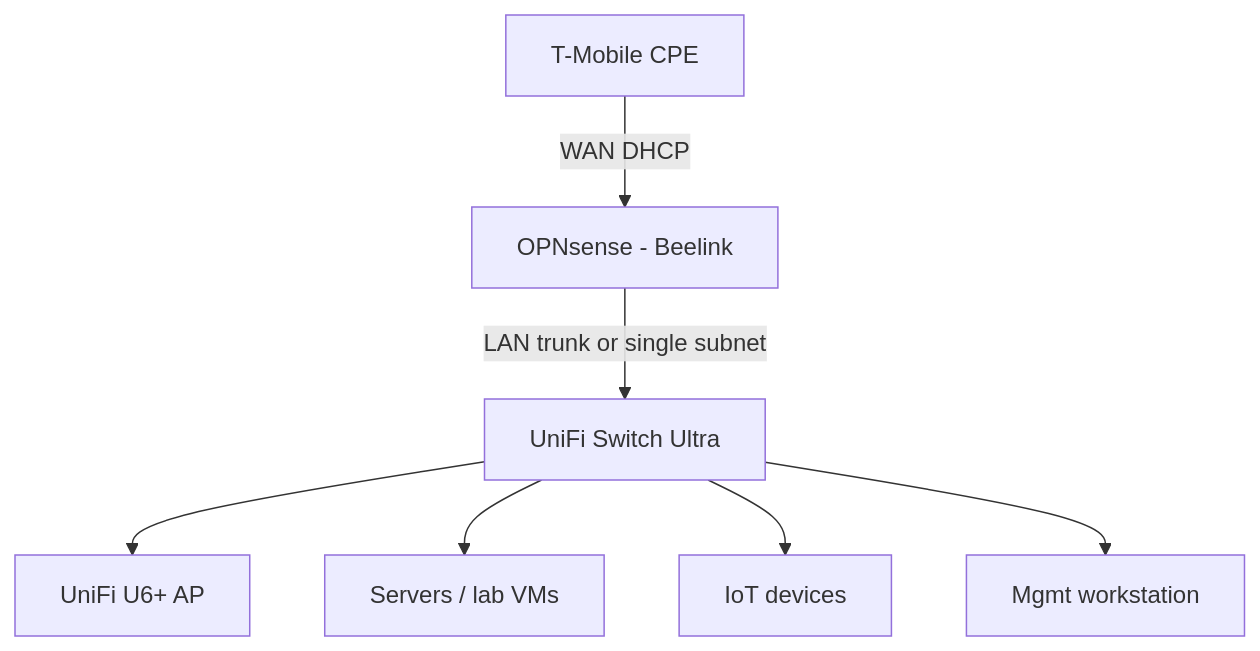
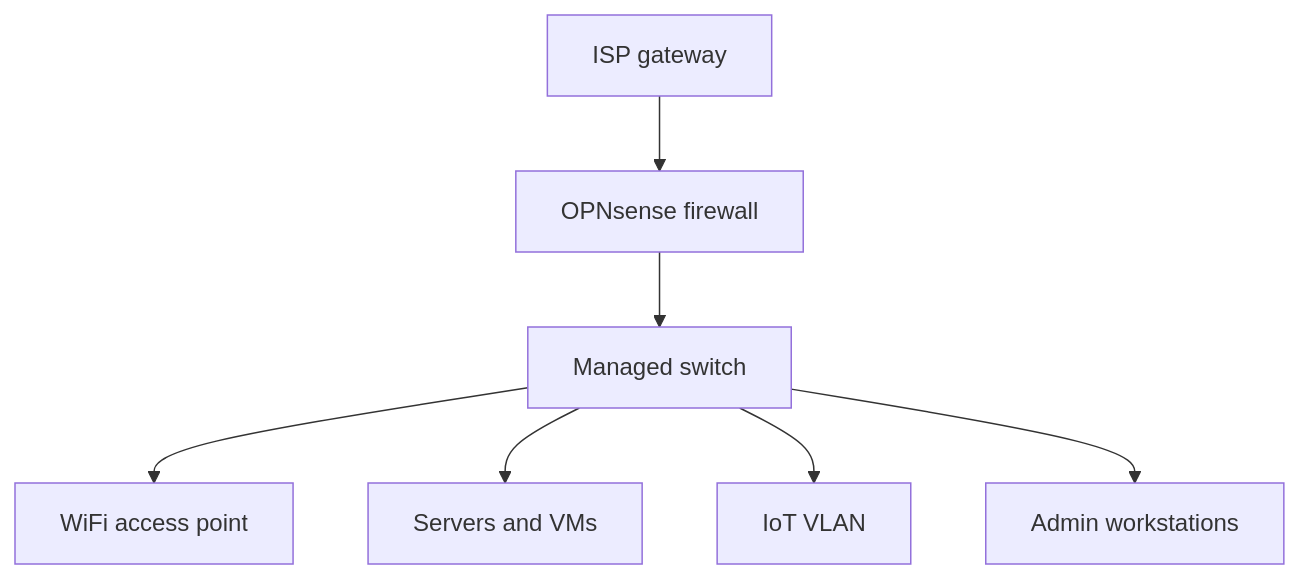
One commit to 21bitt/homelab-portfolio changed the diagram in docs/topology.md. Above: the diagram before and after it, drawn with Mermaid. The commit also changed other lines of this file and 2 other files, not shown here.

````diff
--- a/docs/topology.md
+++ b/docs/topology.md
@@ -18,17 +15,17 @@
 ```mermaid
 flowchart TB
-    ISP[T-Mobile CPE]
-    OP[OPNsense - Beelink]
-    SW[UniFi Switch Ultra]
-    AP[UniFi U6+ AP]
-    SRV[Servers / lab VMs]
-    IOT[IoT devices]
-    MGMT[Mgmt workstation]
+    WAN[ISP gateway]
+    FW[OPNsense firewall]
+    SW[Managed switch]
+    AP[WiFi access point]
+    SRV[Servers and VMs]
+    IOT[IoT VLAN]
+    ADM[Admin workstations]
 
-    ISP -->|WAN DHCP| OP
-    OP -->|LAN trunk or single subnet| SW
+    WAN --> FW
+    FW --> SW
     SW --> AP
     SW --> SRV
     SW --> IOT
-    SW --> MGMT
+    SW --> ADM
 ```
````
